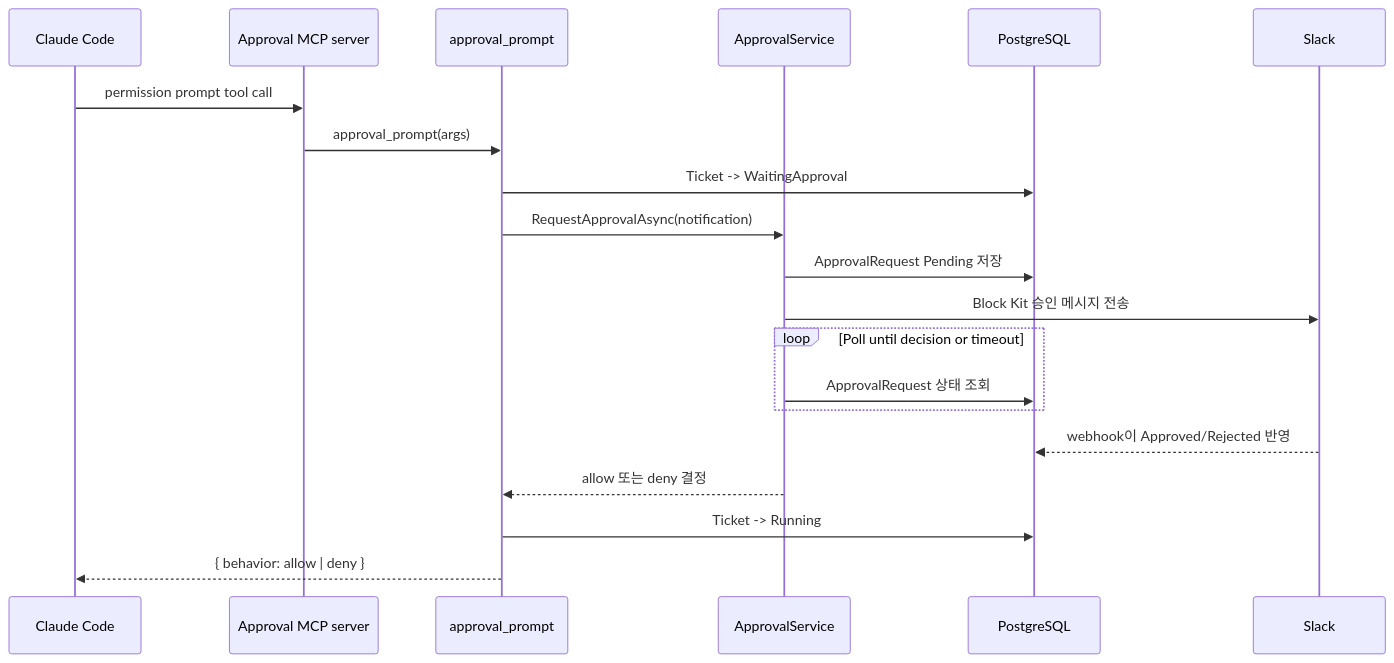
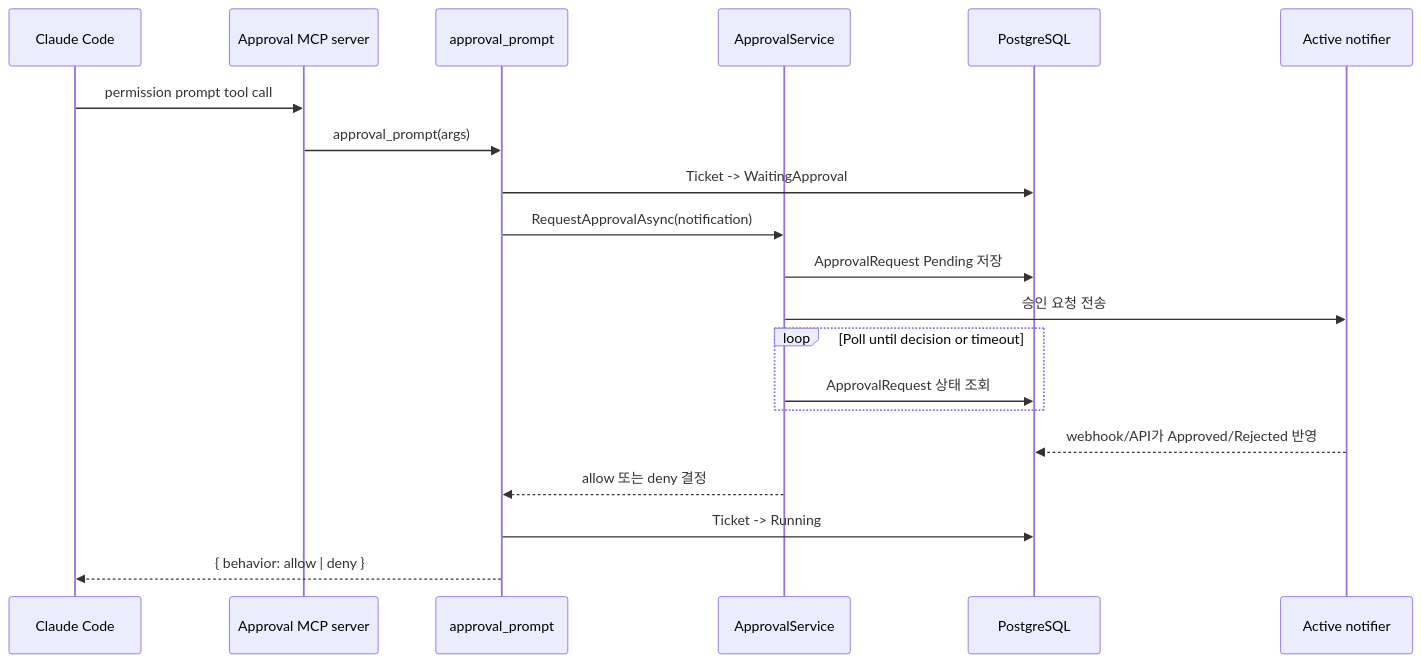
One commit to zzanghyunmoo/ReplaceMe changed the first of 2 diagrams in docs/features/approval-flow.md. Above: the diagram before and after it, drawn with Mermaid. The commit also changed other lines of this file and 19 other files, not shown here.

````diff
--- a/docs/features/approval-flow.md
+++ b/docs/features/approval-flow.md
@@ -11,23 +12,23 @@
 ```mermaid
 sequenceDiagram
     participant Claude as Claude Code
     participant MCP as Approval MCP server
     participant Tool as approval_prompt
     participant Service as ApprovalService
     participant DB as PostgreSQL
-    participant Slack as Slack
+    participant Notifier as Active notifier
 
     Claude->>MCP: permission prompt tool call
     MCP->>Tool: approval_prompt(args)
     Tool->>DB: Ticket -> WaitingApproval
     Tool->>Service: RequestApprovalAsync(notification)
     Service->>DB: ApprovalRequest Pending 저장
-    Service->>Slack: Block Kit 승인 메시지 전송
+    Service->>Notifier: 승인 요청 전송
     loop Poll until decision or timeout
         Service->>DB: ApprovalRequest 상태 조회
     end
-    Slack-->>DB: webhook이 Approved/Rejected 반영
+    Notifier-->>DB: webhook/API가 Approved/Rejected 반영
     Service-->>Tool: allow 또는 deny 결정
     Tool->>DB: Ticket -> Running
     Tool-->>Claude: { behavior: allow | deny }
 ```
````
